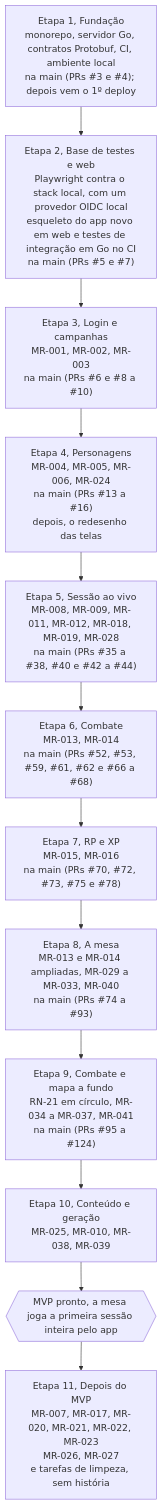
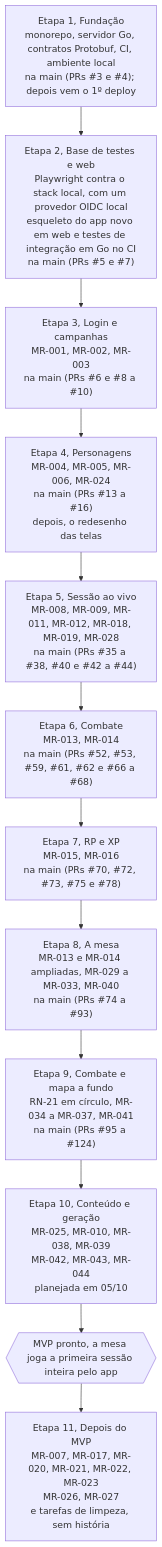
Before and after one commit to PuraFome/meuRPG: the diagram in docs/roadmap.md, drawn with Mermaid. The commit also changed other lines of this file and 7 other files, not shown here.

````diff
--- a/docs/roadmap.md
+++ b/docs/roadmap.md
@@ -5,17 +5,17 @@
 ```mermaid
 flowchart TD
     E1["Etapa 1, Fundação<br/>monorepo, servidor Go, contratos Protobuf, CI, ambiente local<br/>na main (PRs #3 e #4); depois vem o 1º deploy"]
     E2["Etapa 2, Base de testes e web<br/>Playwright contra o stack local, com um provedor OIDC local<br/>esqueleto do app novo em web e testes de integração em Go no CI<br/>na main (PRs #5 e #7)"]
     E3["Etapa 3, Login e campanhas<br/>MR-001, MR-002, MR-003<br/>na main (PRs #6 e #8 a #10)"]
     E4["Etapa 4, Personagens<br/>MR-004, MR-005, MR-006, MR-024<br/>na main (PRs #13 a #16)<br/>depois, o redesenho das telas"]
     E5["Etapa 5, Sessão ao vivo<br/>MR-008, MR-009, MR-011, MR-012, MR-018, MR-019, MR-028<br/>na main (PRs #35 a #38, #40 e #42 a #44)"]
     E6["Etapa 6, Combate<br/>MR-013, MR-014<br/>na main (PRs #52, #53, #59, #61, #62 e #66 a #68)"]
     E7["Etapa 7, RP e XP<br/>MR-015, MR-016<br/>na main (PRs #70, #72, #73, #75 e #78)"]
     E8["Etapa 8, A mesa<br/>MR-013 e MR-014 ampliadas, MR-029 a MR-033, MR-040<br/>na main (PRs #74 a #93)"]
     E9["Etapa 9, Combate e mapa a fundo<br/>RN-21 em círculo, MR-034 a MR-037, MR-041<br/>na main (PRs #95 a #124)"]
-    E10["Etapa 10, Conteúdo e geração<br/>MR-025, MR-010, MR-038, MR-039"]
+    E10["Etapa 10, Conteúdo e geração<br/>MR-025, MR-010, MR-038, MR-039<br/>MR-042, MR-043, MR-044<br/>planejada em 05/10"]
     MVP{{"MVP pronto, a mesa joga a primeira sessão inteira pelo app"}}
     E11["Etapa 11, Depois do MVP<br/>MR-007, MR-017, MR-020, MR-021, MR-022, MR-023<br/>MR-026, MR-027<br/>e tarefas de limpeza, sem história"]
 
     E1 --> E2 --> E3 --> E4 --> E5 --> E6 --> E7 --> E8 --> E9 --> E10 --> MVP --> E11
 ```
````
